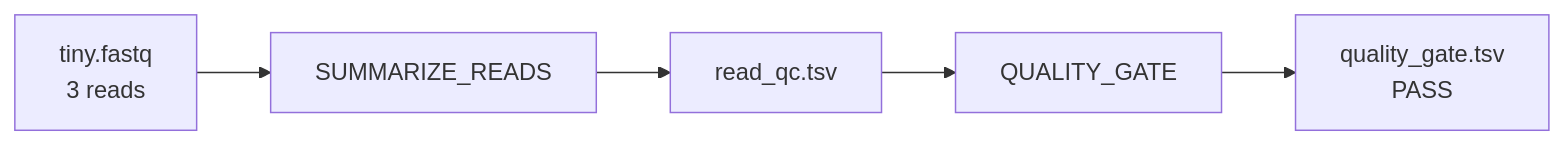
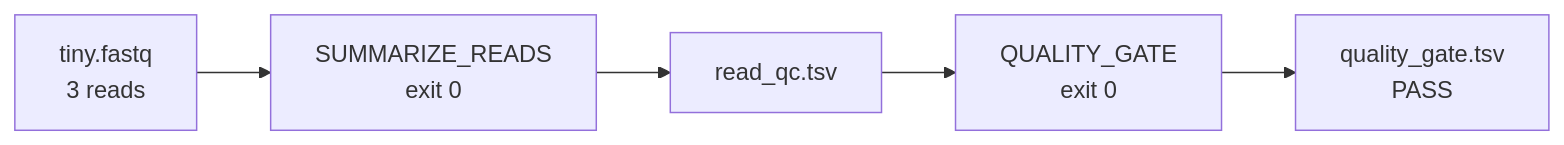
Before and after one commit to Caffeinated-Code/Bioinformatics_Field_Guide: the third of 4 diagrams in content/posts/week-07-rnaseq-in-seven-minutes.md, drawn with Mermaid. The commit also changed other lines of this file and 19 other files, not shown here.

````diff
--- a/content/posts/week-07-rnaseq-in-seven-minutes.md
+++ b/content/posts/week-07-rnaseq-in-seven-minutes.md
@@ -129,7 +193,7 @@
 ```mermaid
 flowchart LR
-  fastq["tiny.fastq<br/>3 reads"] --> summary["SUMMARIZE_READS"]
+  fastq["tiny.fastq<br/>3 reads"] --> summary["SUMMARIZE_READS<br/>exit 0"]
   summary --> metrics["read_qc.tsv"]
-  metrics --> gate["QUALITY_GATE"]
+  metrics --> gate["QUALITY_GATE<br/>exit 0"]
   gate --> decision["quality_gate.tsv<br/>PASS"]
 ```
````
